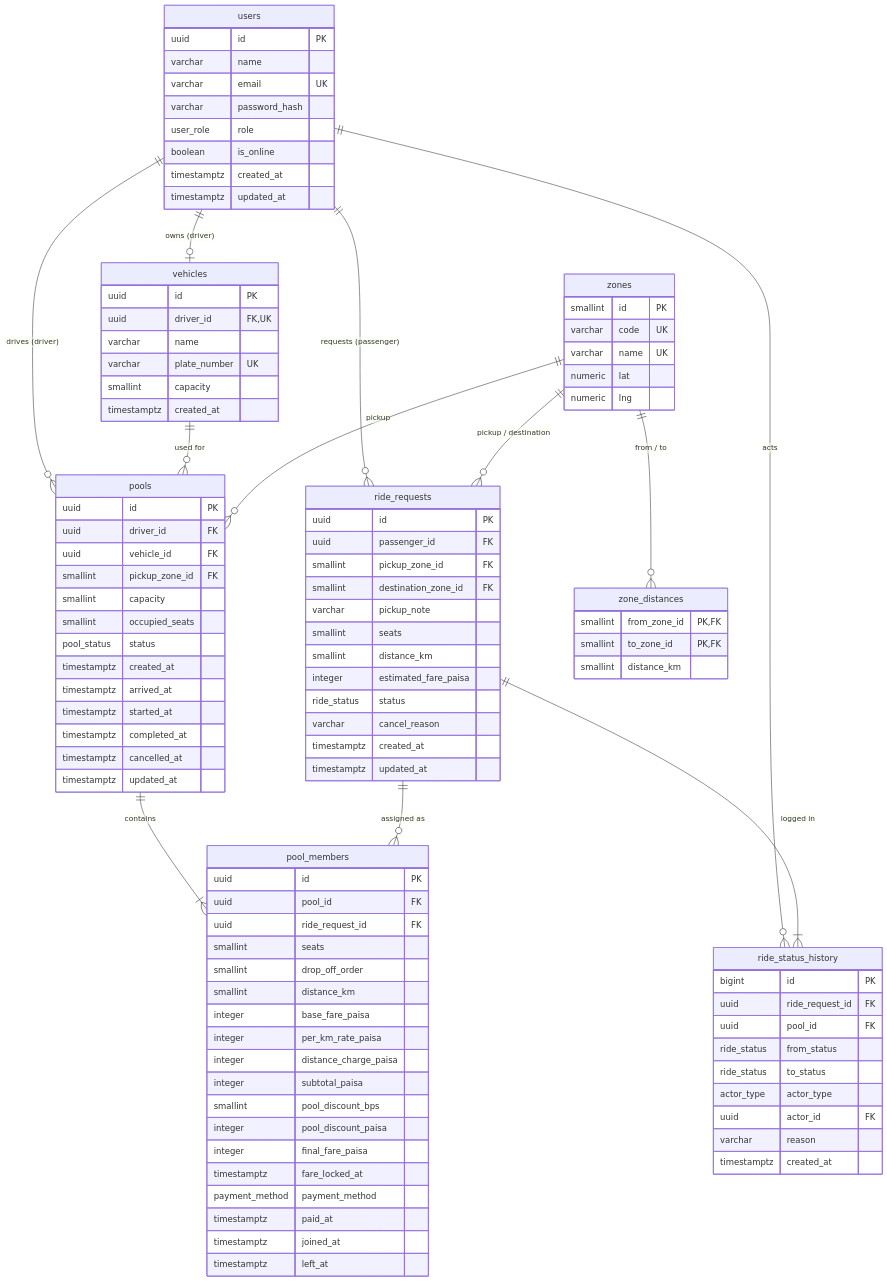
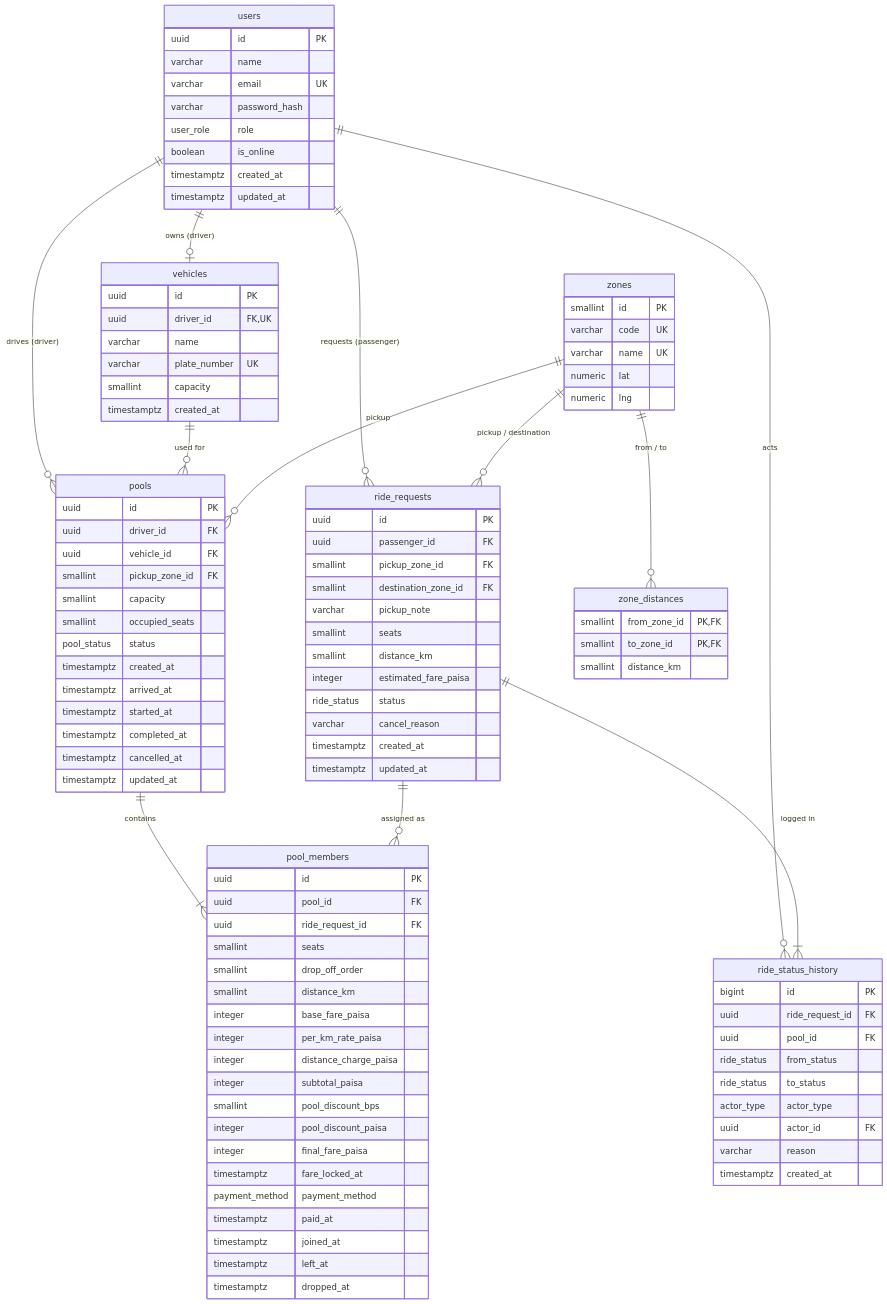
One commit to EsferSamiX/dhaka-tesla-pool changed the diagram in docs/erd.md. Above: the diagram before and after it, drawn with Mermaid. The commit also changed other lines of this file and 8 other files, not shown here.

```diff
--- a/docs/erd.md
+++ b/docs/erd.md
@@ -142,6 +142,7 @@
         timestamptz paid_at
         timestamptz joined_at
         timestamptz left_at
+        timestamptz dropped_at
     }
 
     ride_status_history {
```
